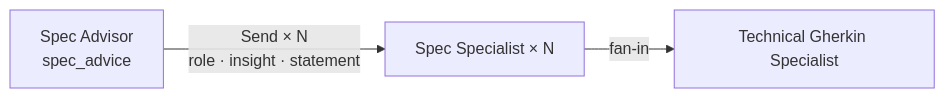
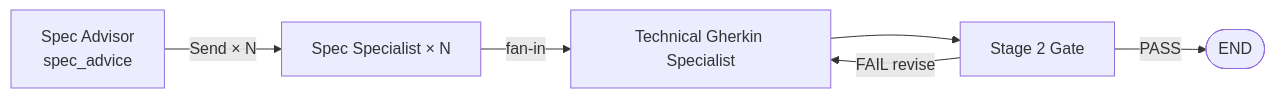
Before and after one commit to nitincp/norma: the second of 3 diagrams in docs/architecture_req005_changes.md, drawn with Mermaid. The commit also changed other lines of this file and 30 other files, not shown here.

````diff
--- a/docs/architecture_req005_changes.md
+++ b/docs/architecture_req005_changes.md
@@ -32,5 +36,8 @@
 ```mermaid
 flowchart LR
-    SA[Spec Advisor\nspec_advice] -->|Send × N\nrole · insight · statement| SS[Spec Specialist × N]
+    SA[Spec Advisor\nspec_advice] -->|Send × N| SS[Spec Specialist × N]
     SS -->|fan-in| TGS[Technical Gherkin Specialist]
+    TGS --> G2[Stage 2 Gate]
+    G2 -->|FAIL revise| TGS
+    G2 -->|PASS| END([END])
 ```
````
